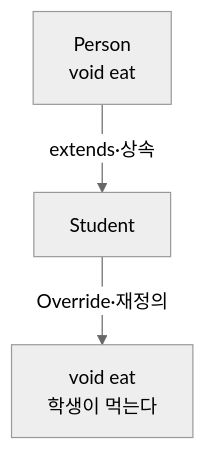
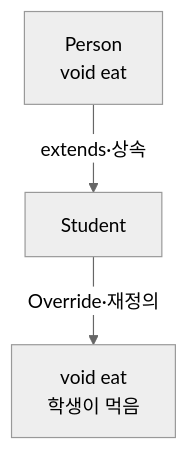
Diagram 29 of 36 in university_Study/백엔드실무/Week01~06.md (neonunu/Study), drawn with Mermaid (neutral theme) before and after one commit. The commit also changed other lines of this file, not shown here.

````diff
--- a/university_Study/백엔드실무/Week01~06.md
+++ b/university_Study/백엔드실무/Week01~06.md
@@ -2113,5 +2113,5 @@
 ```mermaid
 flowchart TD
     P[Person<br/>void eat] -->|extends·상속| S[Student]
-    S -->|Override·재정의| SE[void eat<br/>학생이 먹는다]
+    S -->|Override·재정의| SE[void eat<br/>학생이 먹음]
 ```
````
